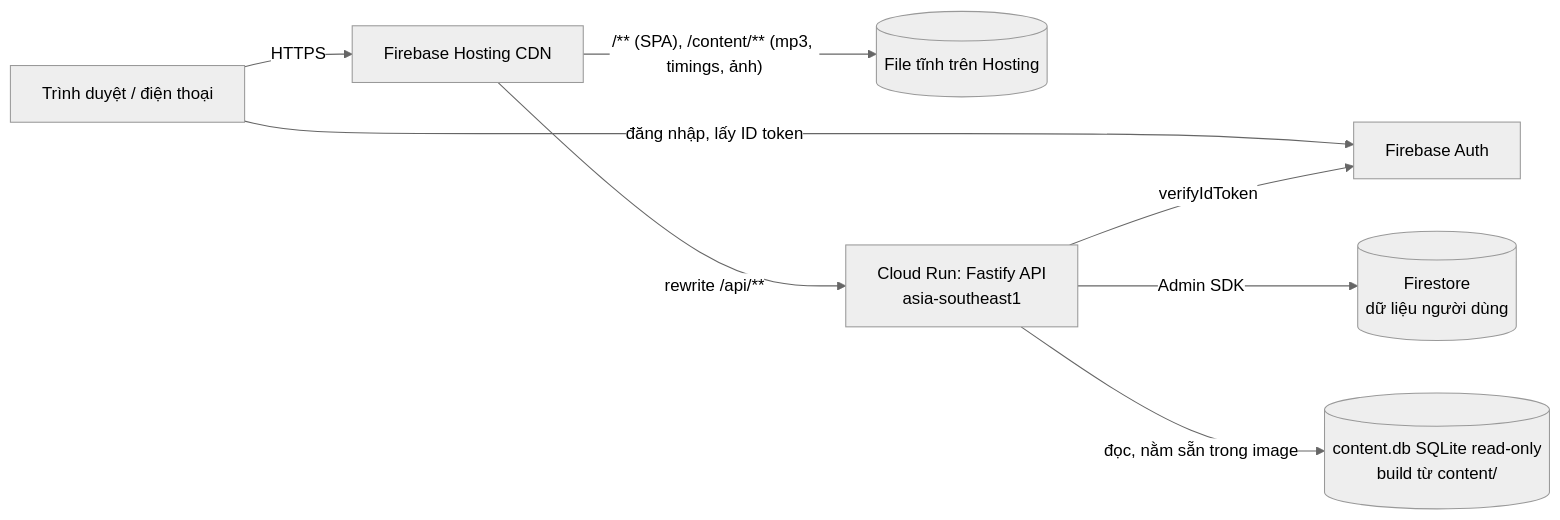
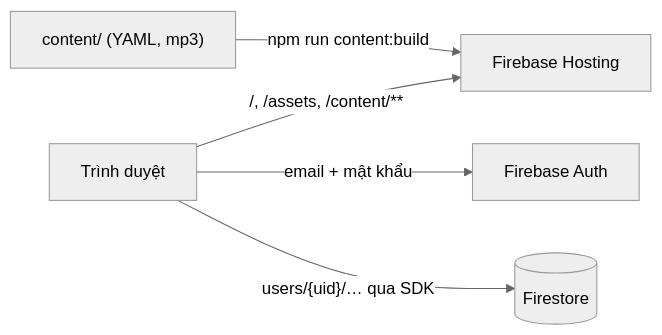
The diagram in .claude/plans/firebase-deploy-plan.md (robinvh85/daily-learning), drawn with Mermaid (neutral theme) before and after one commit. The commit also changed other lines of this file and 143 other files, not shown here.

First line of the commit message:
feat: run on Firebase without a server (Hosting + Auth + Firestore)

````diff
--- a/.claude/plans/firebase-deploy-plan.md
+++ b/.claude/plans/firebase-deploy-plan.md
@@ -21,10 +21,7 @@
 ```mermaid
 flowchart LR
-  B[Trình duyệt / điện thoại] -->|HTTPS| H[Firebase Hosting CDN]
-  H -->|"/** (SPA), /content/** (mp3, timings, ảnh)"| S[(File tĩnh trên Hosting)]
-  H -->|"rewrite /api/**"| R[Cloud Run: Fastify API<br/>asia-southeast1]
-  B -->|"đăng nhập, lấy ID token"| A[Firebase Auth]
-  R -->|"verifyIdToken"| A
-  R -->|"Admin SDK"| F[(Firestore<br/>dữ liệu người dùng)]
-  R -->|"đọc, nằm sẵn trong image"| C[(content.db SQLite read-only<br/>build từ content/)]
+  B[Trình duyệt] -->|"/, /assets, /content/**"| H[Firebase Hosting]
+  B -->|"email + mật khẩu"| A[Firebase Auth]
+  B -->|"users/{uid}/… qua SDK"| F[(Firestore)]
+  C["content/ (YAML, mp3)"] -->|"npm run content:build"| H
 ```
````
